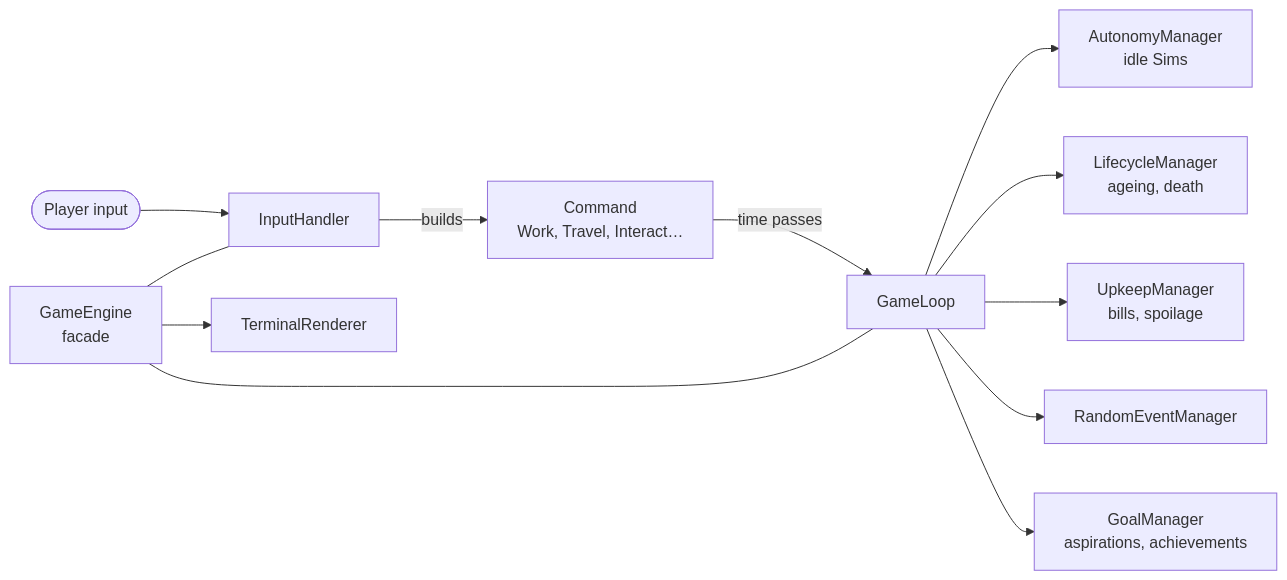
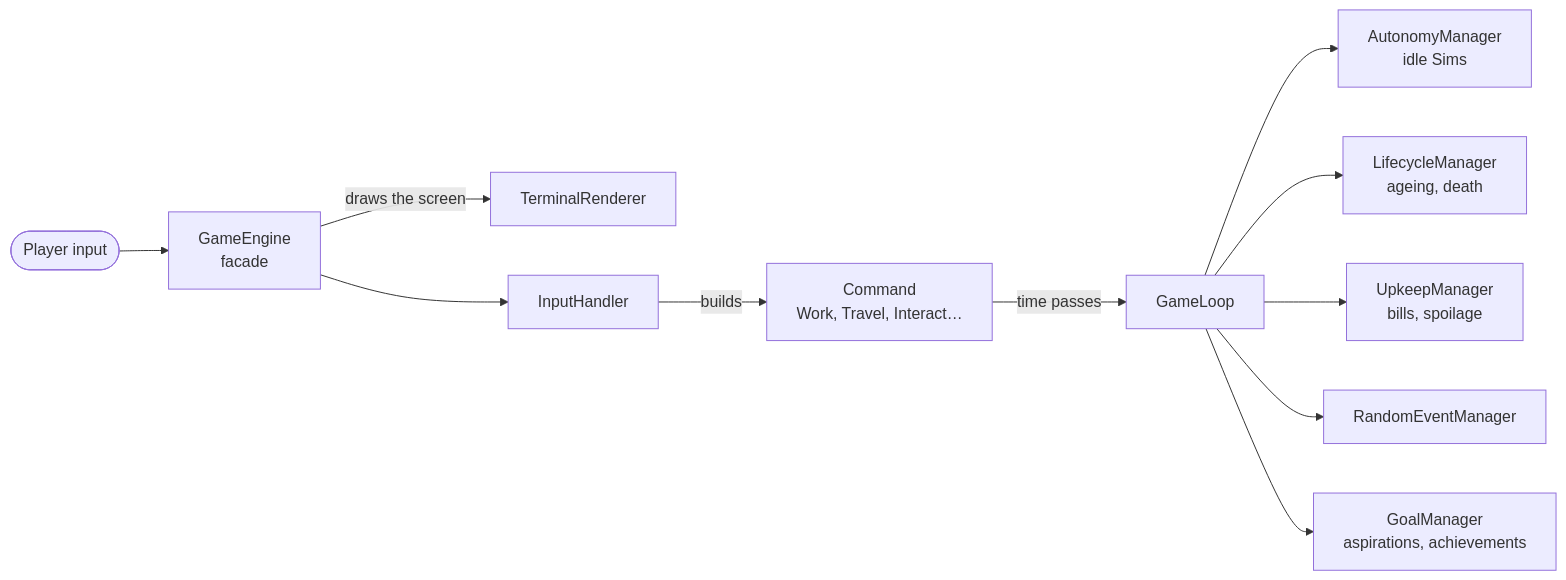
Before and after one commit to BlackberryDealer/Sims-CLI-game: the diagram in README.md, drawn with Mermaid. The commit also changed other lines of this file, not shown here.

Commit message:
Fix README screen alignment and tidy the architecture diagram
Use the game's ASCII plumbob in the sample screen, since the star glyph
renders wider than the other characters in GitHub's code font. Lay the
architecture diagram out as a single left-to-right flow.

````diff
--- a/README.md
+++ b/README.md
@@ -288,14 +288,13 @@
 ```mermaid
 flowchart LR
-    Player([Player input]) --> IH[InputHandler]
+    Player([Player input]) --> GE[GameEngine<br/>facade]
+    GE -->|draws the screen| R[TerminalRenderer]
+    GE --> IH[InputHandler]
     IH -->|builds| CMD[Command<br/>Work, Travel, Interact…]
     CMD -->|time passes| GL[GameLoop]
     GL --> AM[AutonomyManager<br/>idle Sims]
     GL --> LM[LifecycleManager<br/>ageing, death]
     GL --> UM[UpkeepManager<br/>bills, spoilage]
     GL --> REM[RandomEventManager]
     GL --> GM[GoalManager<br/>aspirations, achievements]
-    GE[GameEngine<br/>facade] --- IH
-    GE --- GL
-    GE --> R[TerminalRenderer]
 ```
````
